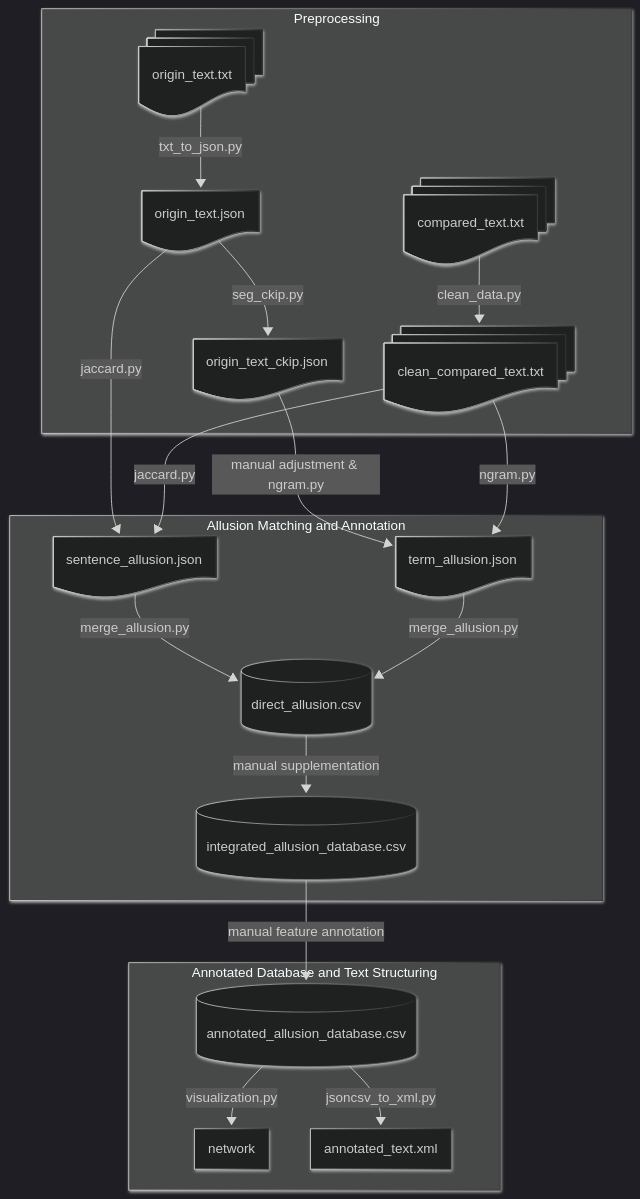
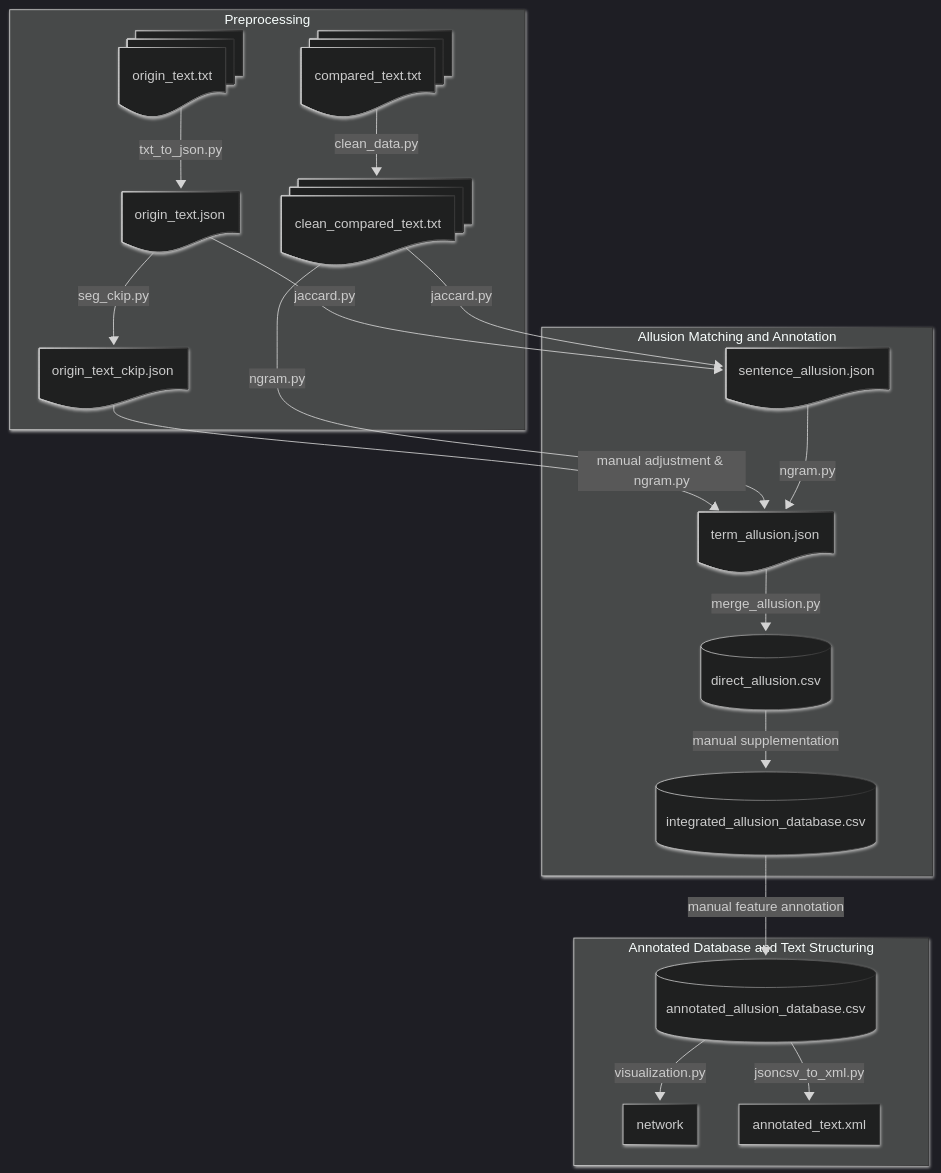
The diagram in README.md (Taoyi-Chiang/lufu_allusion), drawn with Mermaid before and after one commit.

````diff
--- a/README.md
+++ b/README.md
@@ -2,46 +2,46 @@
 ```mermaid
 ---
 config:
   theme: dark
   look: neo
 ---
 flowchart TD
  subgraph Preprocessing["Preprocessing"]
         B1["origin_text.json"]
         A1["origin_text.txt"]
         B2["origin_text_ckip.json"]
         A3["clean_compared_text.txt"]
         A2["compared_text.txt"]
   end
  subgraph subGraph1["Allusion Matching and Annotation"]
         C2["term_allusion.json"]
         C1["sentence_allusion.json"]
         D1[("direct_allusion.csv")]
         E1[("integrated_allusion_database.csv")]
   end
  subgraph subGraph2["Annotated Database and Text Structuring"]
         E2[("annotated_allusion_database.csv")]
         F1["network"]
         F2["annotated_text.xml"]
   end
     A1 -- "txt_to_json.py" --> B1
     B1 -- "seg_ckip.py" --> B2
     A2 -- "clean_data.py" --> A3
     B2 -- "manual adjustment & ngram.py"--> C2
     B1 -- "jaccard.py" --> C1
     A3 -- "jaccard.py" --> C1
     A3 -- "ngram.py" --> C2
-    C1 -- "merge_allusion.py" --> D1
+    C1 -- "ngram.py" --> C2
     C2 -- "merge_allusion.py" --> D1
     D1 -- manual supplementation --> E1
     E1 -- manual feature annotation --> E2
     E2 -- "visualization.py" --> F1
     E2 -- "jsoncsv_to_xml.py" --> F2
     B1@{ shape: doc}
     A1@{ shape: docs}
     B2@{ shape: doc}
     A3@{ shape: docs}
     A2@{ shape: docs}
     C2@{ shape: doc}
     C1@{ shape: doc}
 ```
````
